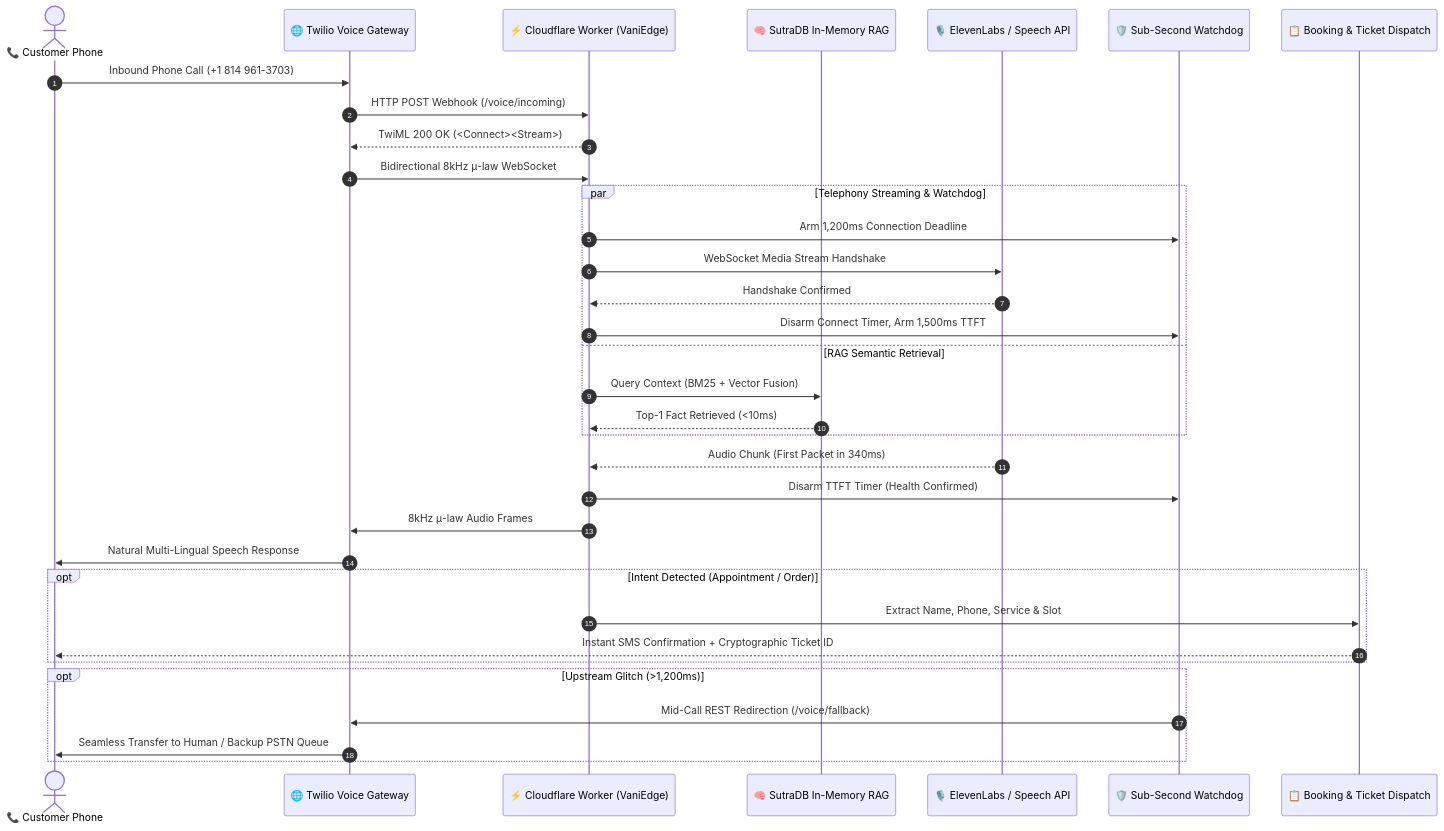
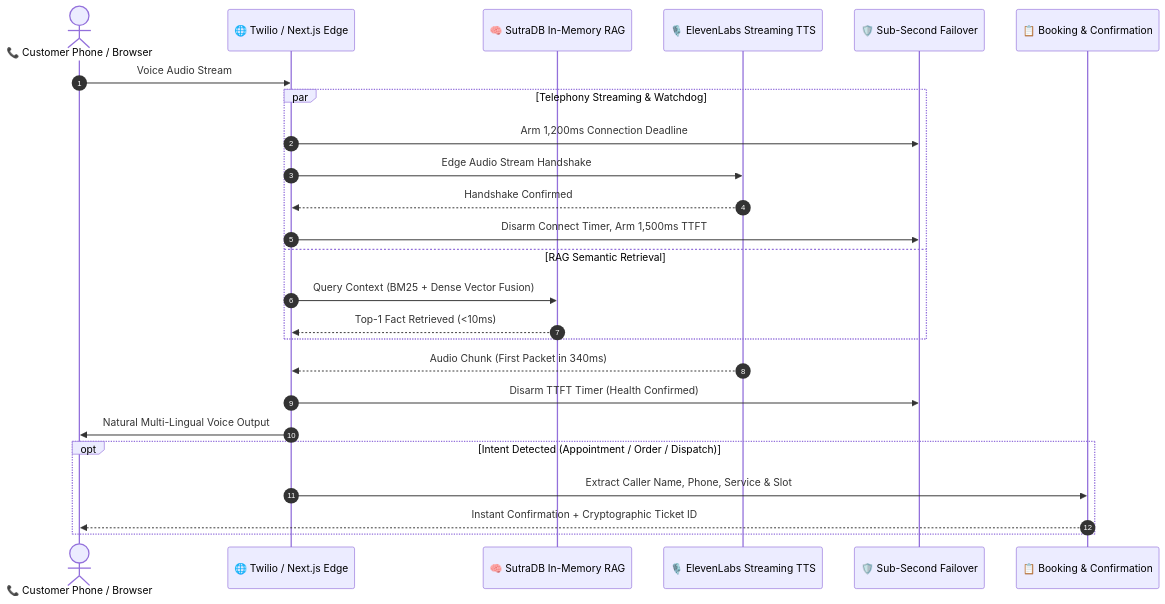
The diagram in README.md (Sam-CodesAI/VaniEdge), drawn with Mermaid before and after one commit. The commit also changed other lines of this file and 16 other files, not shown here.

Commit message:
feat: transform VaniEdge into standalone Next.js voice studio website with vercel configuration

````diff
--- a/README.md
+++ b/README.md
@@ -31,41 +30,30 @@
 ```mermaid
 sequenceDiagram
     autonumber
-    actor Caller as 📞 Customer Phone
-    participant Twilio as 🌐 Twilio Voice Gateway
-    participant Edge as ⚡ Cloudflare Worker (VaniEdge)
+    actor Caller as 📞 Customer Phone / Browser
+    participant Gateway as 🌐 Twilio / Next.js Edge
     participant Sutra as 🧠 SutraDB In-Memory RAG
-    participant ConvAI as 🎙️ ElevenLabs / Speech API
-    participant Watchdog as 🛡️ Sub-Second Watchdog
-    participant Dispatch as 📋 Booking & Ticket Dispatch
+    participant ConvAI as 🎙️ ElevenLabs Streaming TTS
+    participant Watchdog as 🛡️ Sub-Second Failover
+    participant Dispatch as 📋 Booking & Confirmation
 
-    Caller->>Twilio: Inbound Phone Call (+1 814 961-3703)
-    Twilio->>Edge: HTTP POST Webhook (/voice/incoming)
-    Edge-->>Twilio: TwiML 200 OK (<Connect><Stream>)
-    Twilio->>Edge: Bidirectional 8kHz μ-law WebSocket
-
+    Caller->>Gateway: Voice Audio Stream
     par Telephony Streaming & Watchdog
-        Edge->>Watchdog: Arm 1,200ms Connection Deadline
-        Edge->>ConvAI: WebSocket Media Stream Handshake
-        ConvAI-->>Edge: Handshake Confirmed
-        Edge->>Watchdog: Disarm Connect Timer, Arm 1,500ms TTFT
+        Gateway->>Watchdog: Arm 1,200ms Connection Deadline
+        Gateway->>ConvAI: Edge Audio Stream Handshake
+        ConvAI-->>Gateway: Handshake Confirmed
+        Gateway->>Watchdog: Disarm Connect Timer, Arm 1,500ms TTFT
     and RAG Semantic Retrieval
-        Edge->>Sutra: Query Context (BM25 + Vector Fusion)
-        Sutra-->>Edge: Top-1 Fact Retrieved (<10ms)
+        Gateway->>Sutra: Query Context (BM25 + Dense Vector Fusion)
+        Sutra-->>Gateway: Top-1 Fact Retrieved (<10ms)
     end
 
-    ConvAI-->>Edge: Audio Chunk (First Packet in 340ms)
-    Edge->>Watchdog: Disarm TTFT Timer (Health Confirmed)
-    Edge->>Twilio: 8kHz μ-law Audio Frames
-    Twilio->>Caller: Natural Multi-Lingual Speech Response
+    ConvAI-->>Gateway: Audio Chunk (First Packet in 340ms)
+    Gateway->>Watchdog: Disarm TTFT Timer (Health Confirmed)
+    Gateway->>Caller: Natural Multi-Lingual Voice Output
 
-    opt Intent Detected (Appointment / Order)
-        Edge->>Dispatch: Extract Name, Phone, Service & Slot
-        Dispatch-->>Caller: Instant SMS Confirmation + Cryptographic Ticket ID
-    end
-
-    opt Upstream Glitch (>1,200ms)
-        Watchdog->>Twilio: Mid-Call REST Redirection (/voice/fallback)
-        Twilio->>Caller: Seamless Transfer to Human / Backup PSTN Queue
+    opt Intent Detected (Appointment / Order / Dispatch)
+        Gateway->>Dispatch: Extract Caller Name, Phone, Service & Slot
+        Dispatch-->>Caller: Instant Confirmation + Cryptographic Ticket ID
     end
 ```
````
